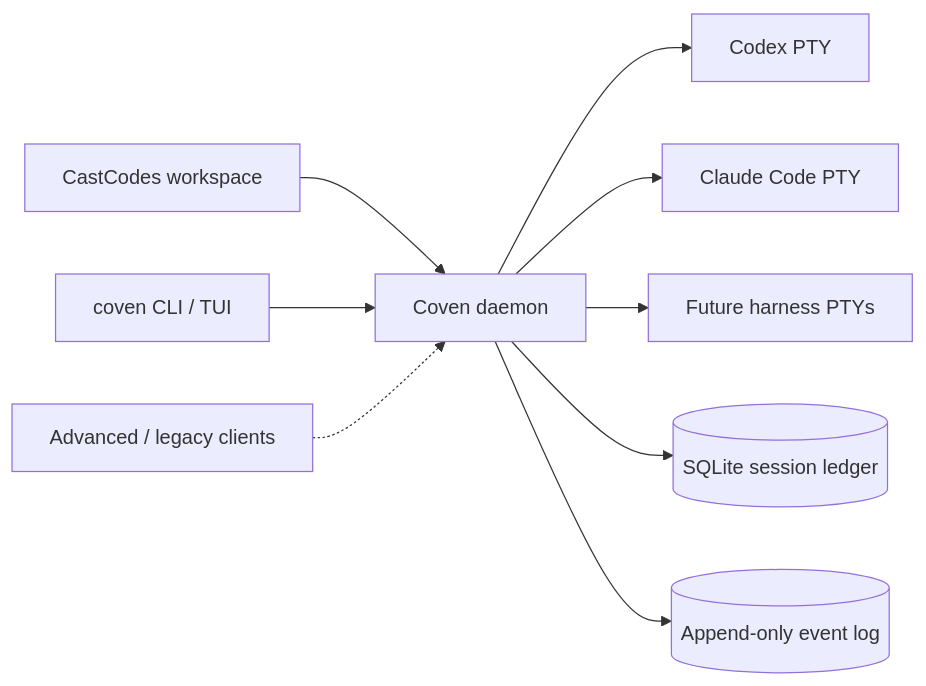
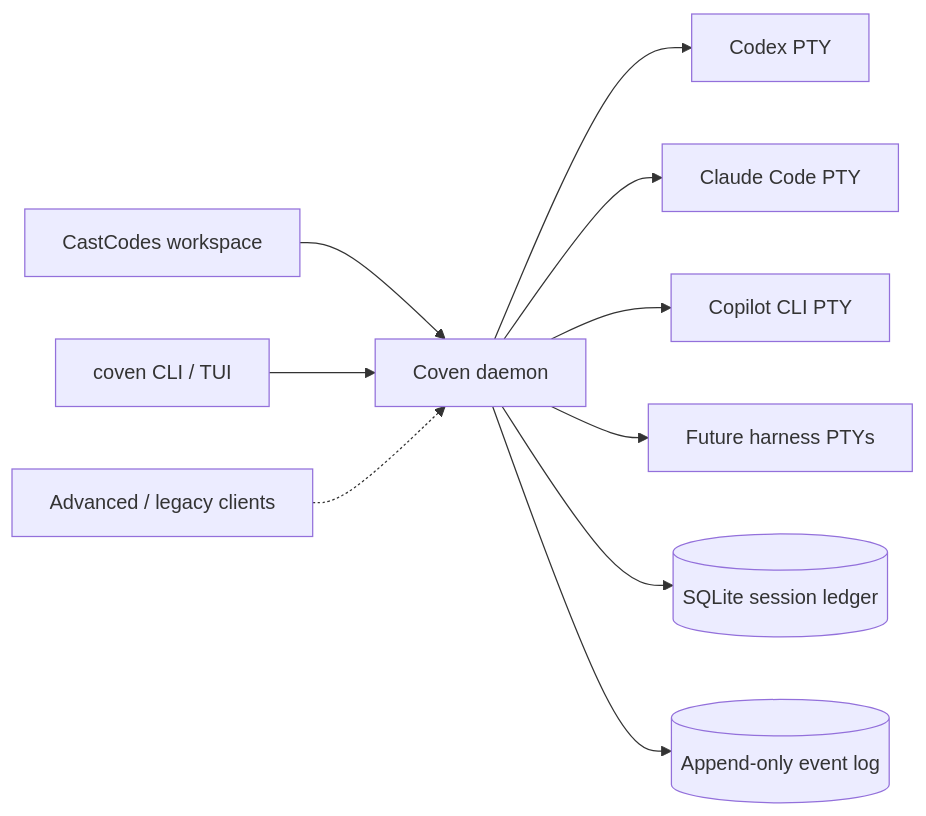
Before and after one commit to OpenCoven/coven: the diagram in docs/index.md, drawn with Mermaid. The commit also changed other lines of this file and 2 other files, not shown here.

````diff
--- a/docs/index.md
+++ b/docs/index.md
@@ -56,11 +56,12 @@
 ```mermaid
 flowchart LR
   A["CastCodes workspace"] --> B["Coven daemon"]
   K["coven CLI / TUI"] --> B
   C["Advanced / legacy clients"] -.-> B
   B --> F["Codex PTY"]
   B --> G["Claude Code PTY"]
+  B --> L["Copilot CLI PTY"]
   B --> H["Future harness PTYs"]
   B --> I[("SQLite session ledger")]
   B --> J[("Append-only event log")]
 ```
````
